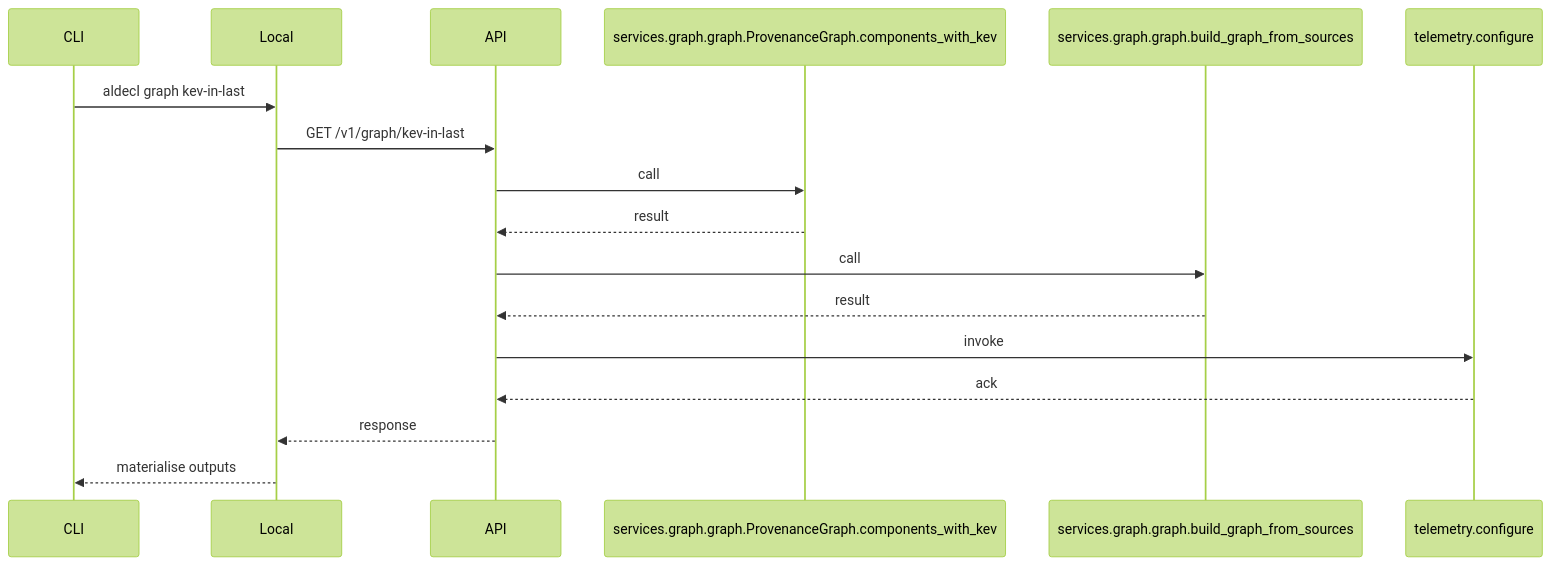
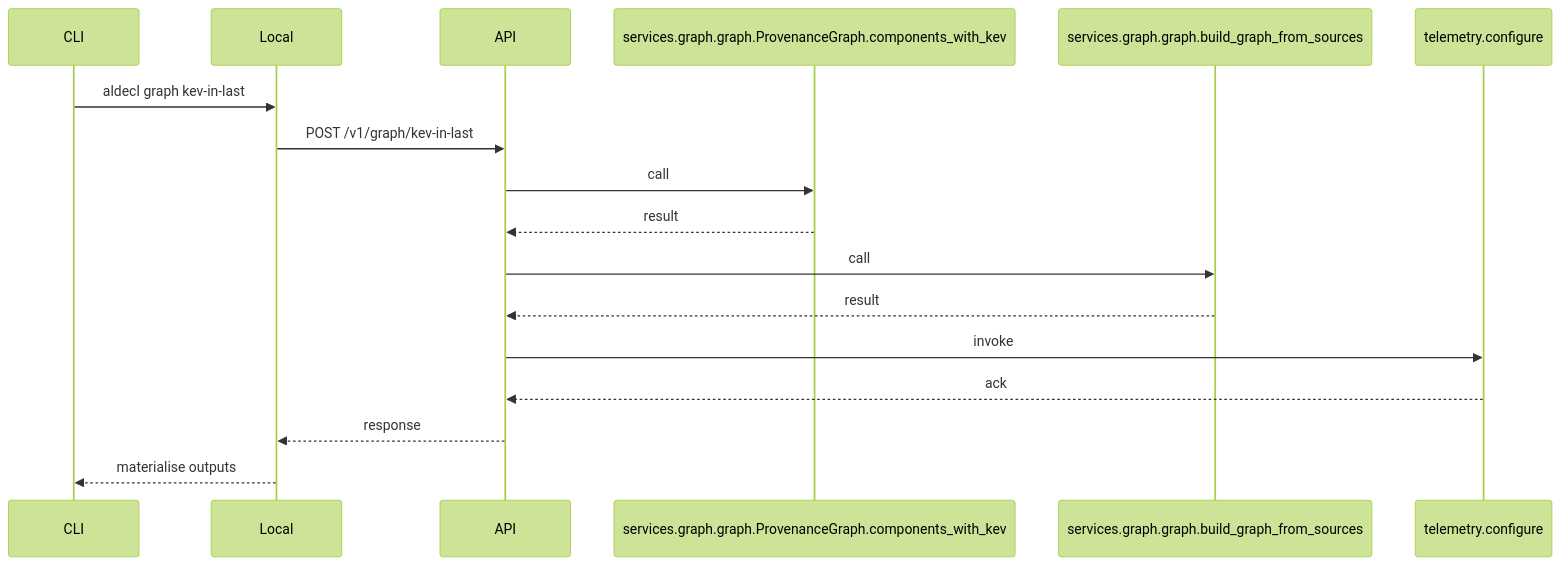
The diagram in docs/diagrams/seq_graph_kev_in_last.mmd (DevOpsMadDog/Aldeci), drawn with Mermaid (forest theme) before and after one commit. The commit also changed 13 other files, not shown here.

Commit message:
chore(graph): use POST semantics and refresh docs

```diff
--- a/docs/diagrams/seq_graph_kev_in_last.mmd
+++ b/docs/diagrams/seq_graph_kev_in_last.mmd
@@ -1,17 +1,17 @@
 sequenceDiagram
     participant CLI
     participant Local
     participant API
     CLI->>Local: aldecI graph kev-in-last
-    Local->>API: GET /v1/graph/kev-in-last
-    participant S227863 as services.graph.graph.ProvenanceGraph.components_with_kev
-    API->>S227863: call
-    S227863-->>API: result
-    participant S206271 as services.graph.graph.build_graph_from_sources
-    API->>S206271: call
-    S206271-->>API: result
-    participant I870404 as telemetry.configure
-    API->>I870404: invoke
-    I870404-->>API: ack
+    Local->>API: POST /v1/graph/kev-in-last
+    participant S777785 as services.graph.graph.ProvenanceGraph.components_with_kev
+    API->>S777785: call
+    S777785-->>API: result
+    participant S518151 as services.graph.graph.build_graph_from_sources
+    API->>S518151: call
+    S518151-->>API: result
+    participant I283076 as telemetry.configure
+    API->>I283076: invoke
+    I283076-->>API: ack
     API-->>Local: response
     Local-->>CLI: materialise outputs
```
